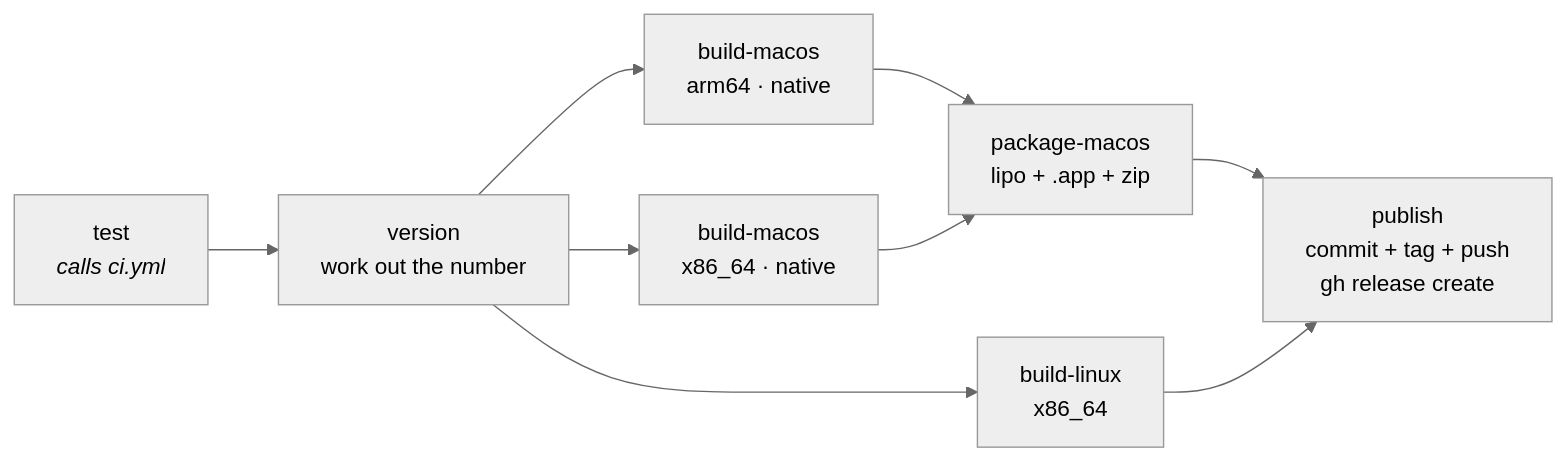
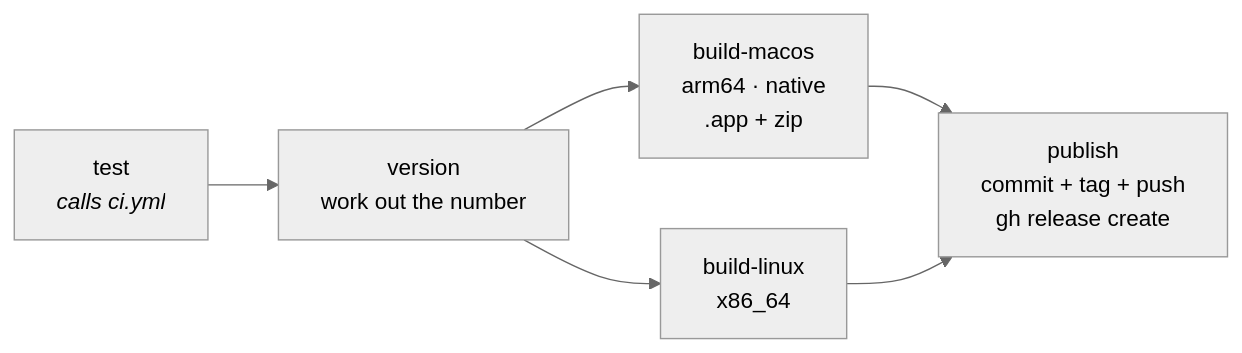
One commit to nfishel48/Jotter changed the diagram in docs/CI_CD.md. Above: the diagram before and after it, drawn with Mermaid (neutral theme). The commit also changed other lines of this file and 80 other files, not shown here.

````diff
--- a/docs/CI_CD.md
+++ b/docs/CI_CD.md
@@ -81,11 +107,8 @@
 ```mermaid
 flowchart LR
     T["test<br/><i>calls ci.yml</i>"] --> V["version<br/>work out the number"]
-    V --> MA["build-macos<br/>arm64 · native"]
-    V --> MI["build-macos<br/>x86_64 · native"]
+    V --> M["build-macos<br/>arm64 · native<br/>.app + zip"]
     V --> L["build-linux<br/>x86_64"]
-    MA --> P["package-macos<br/>lipo + .app + zip"]
-    MI --> P
-    P --> R["publish<br/>commit + tag + push<br/>gh release create"]
+    M --> R["publish<br/>commit + tag + push<br/>gh release create"]
     L --> R
 ```
````
